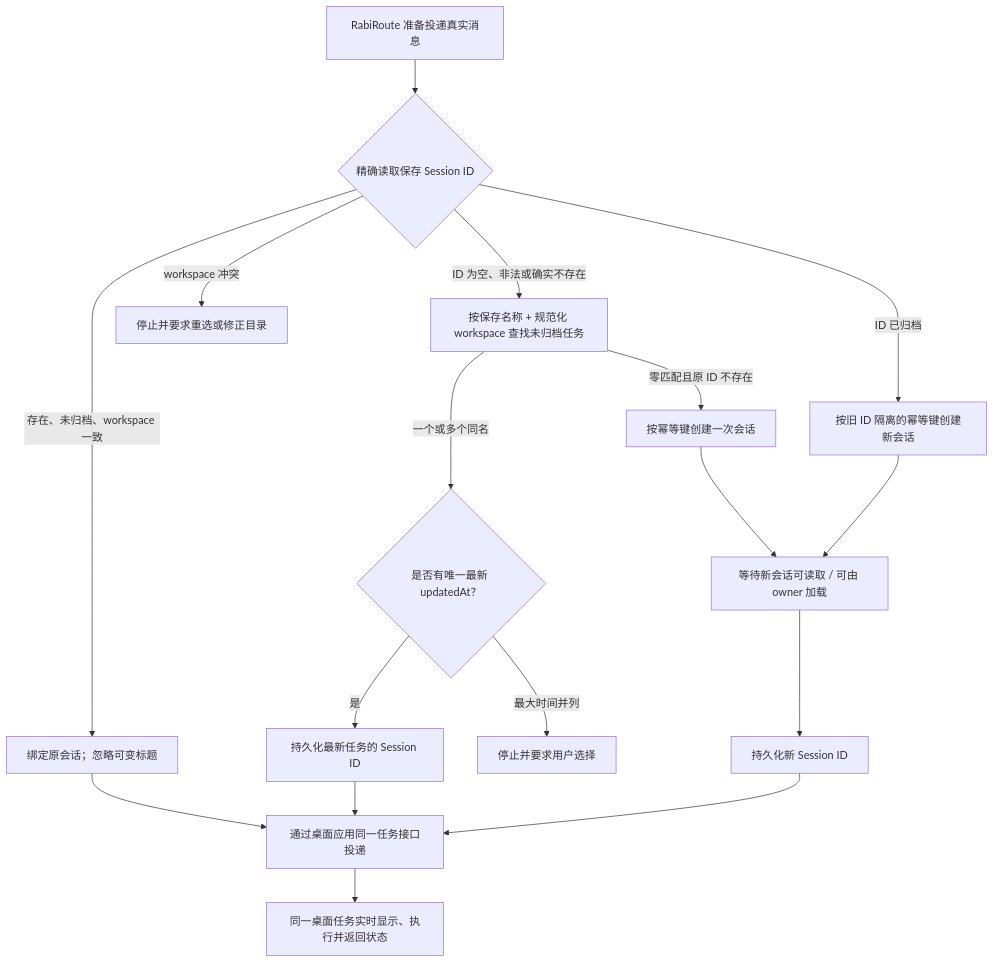
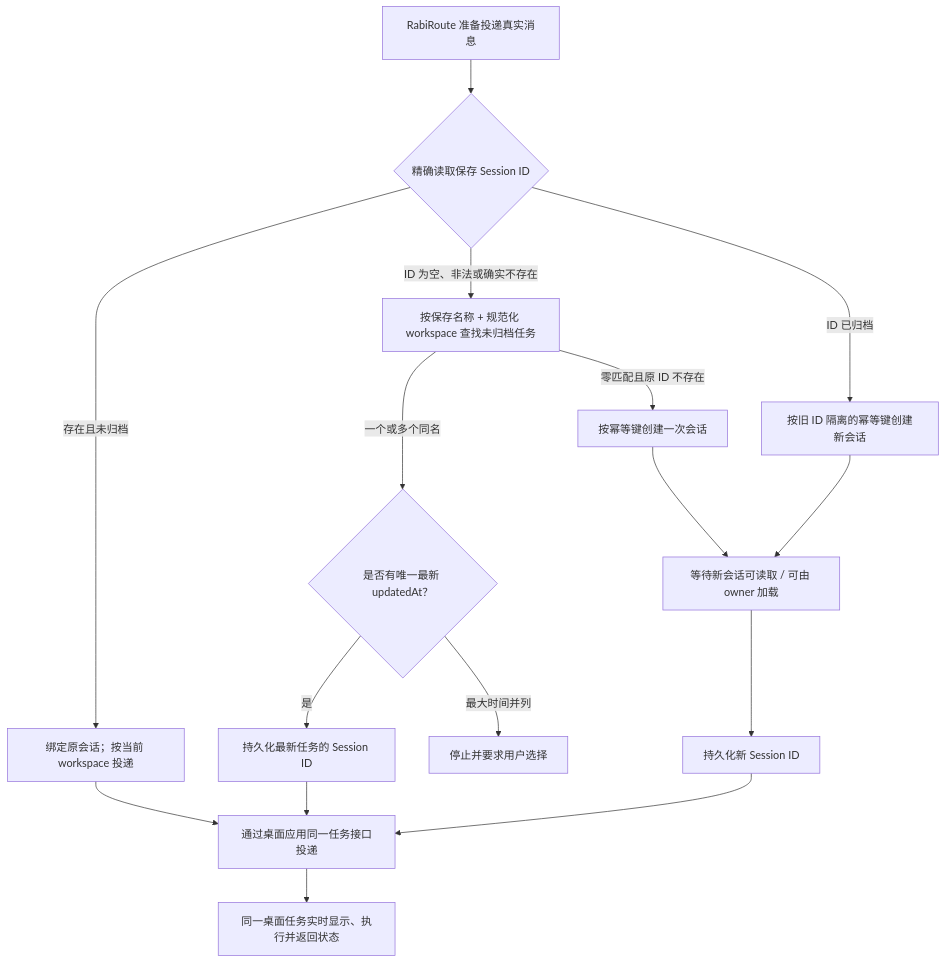
Before and after one commit to vb2250158/RabiRoute: the first of 2 diagrams in docs/agent-adapter-standard-requirements.md, drawn with Mermaid. The commit also changed other lines of this file and 140 other files, not shown here.

````diff
--- a/docs/agent-adapter-standard-requirements.md
+++ b/docs/agent-adapter-standard-requirements.md
@@ -34,19 +34,18 @@
 ```mermaid
 flowchart TD
     M["RabiRoute 准备投递真实消息"] --> I{"精确读取保存 Session ID"}
-    I -->|"存在、未归档、workspace 一致"| B["绑定原会话；忽略可变标题"]
+    I -->|"存在且未归档"| B["绑定原会话；按当前 workspace 投递"]
     I -->|"ID 已归档"| C2["按旧 ID 隔离的幂等键创建新会话"]
     I -->|"ID 为空、非法或确实不存在"| Q["按保存名称 + 规范化 workspace 查找未归档任务"]
-    I -->|"workspace 冲突"| X["停止并要求重选或修正目录"]
     Q -->|"一个或多个同名"| N{"是否有唯一最新 updatedAt？"}
     Q -->|"零匹配且原 ID 不存在"| C["按幂等键创建一次会话"]
     N -->|"是"| P["持久化最新任务的 Session ID"]
     N -->|"最大时间并列"| A["停止并要求用户选择"]
     C --> V["等待新会话可读取 / 可由 owner 加载"]
     C2 --> V
     V --> P2["持久化新 Session ID"]
     B --> D["通过桌面应用同一任务接口投递"]
     P --> D
     P2 --> D
     D --> O["同一桌面任务实时显示、执行并返回状态"]
 ```
````
